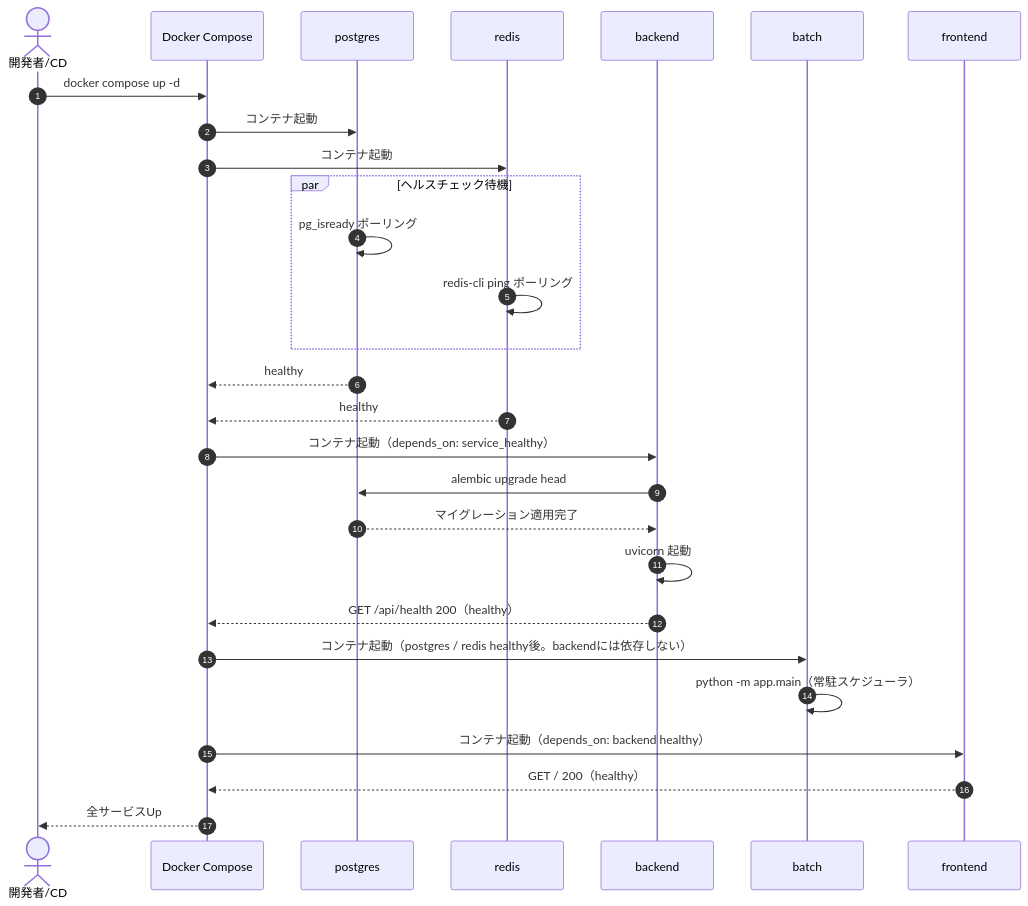
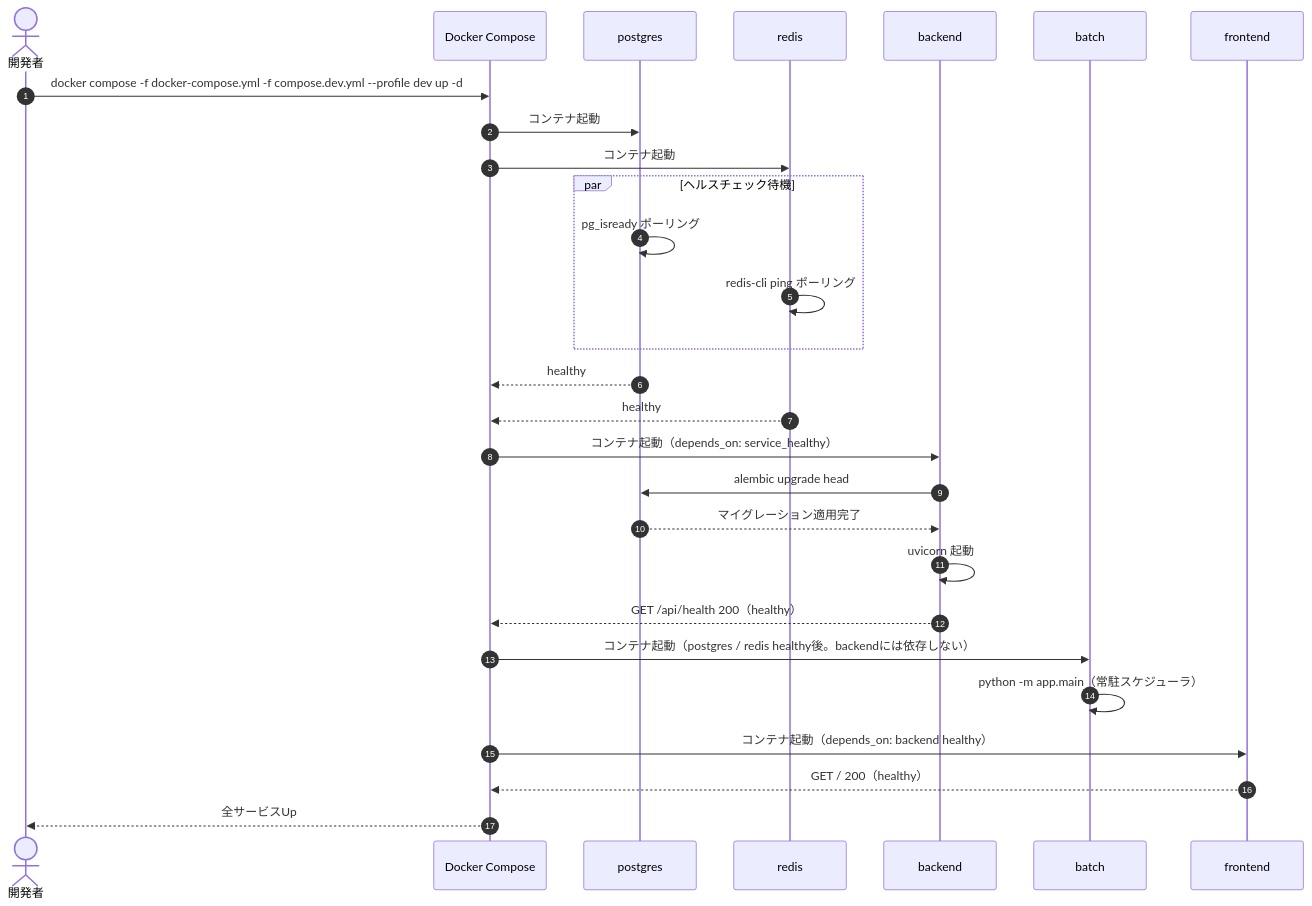
The first of 5 diagrams in docs/detailed_design/infra/01_docker_compose.md (oikawa-d/task_management), drawn with Mermaid before and after one commit. The commit also changed other lines of this file and 31 other files, not shown here.

````diff
--- a/docs/detailed_design/infra/01_docker_compose.md
+++ b/docs/detailed_design/infra/01_docker_compose.md
@@ -70,31 +70,31 @@
 ```mermaid
 sequenceDiagram
     autonumber
-    actor DEV as 開発者/CD
+    actor DEV as 開発者
     participant DC as Docker Compose
     participant PG as postgres
     participant RD as redis
     participant BE as backend
     participant BA as batch
     participant FE as frontend
 
-    DEV->>DC: docker compose up -d
+    DEV->>DC: docker compose -f docker-compose.yml -f compose.dev.yml --profile dev up -d
     DC->>PG: コンテナ起動
     DC->>RD: コンテナ起動
     par ヘルスチェック待機
         PG->>PG: pg_isready ポーリング
         RD->>RD: redis-cli ping ポーリング
     end
     PG-->>DC: healthy
     RD-->>DC: healthy
     DC->>BE: コンテナ起動（depends_on: service_healthy）
     BE->>PG: alembic upgrade head
     PG-->>BE: マイグレーション適用完了
     BE->>BE: uvicorn 起動
     BE-->>DC: GET /api/health 200（healthy）
     DC->>BA: コンテナ起動（postgres / redis healthy後。backendには依存しない）
     BA->>BA: python -m app.main（常駐スケジューラ）
     DC->>FE: コンテナ起動（depends_on: backend healthy）
     FE-->>DC: GET / 200（healthy）
     DC-->>DEV: 全サービスUp
 ```
````
